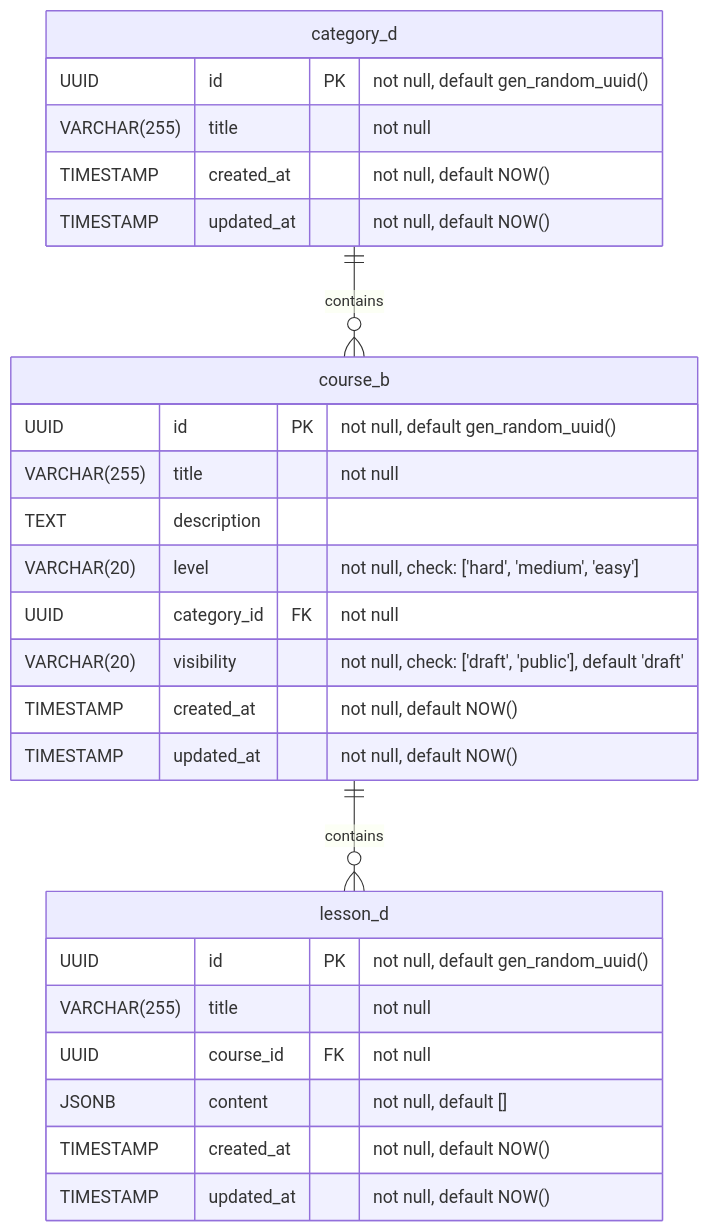
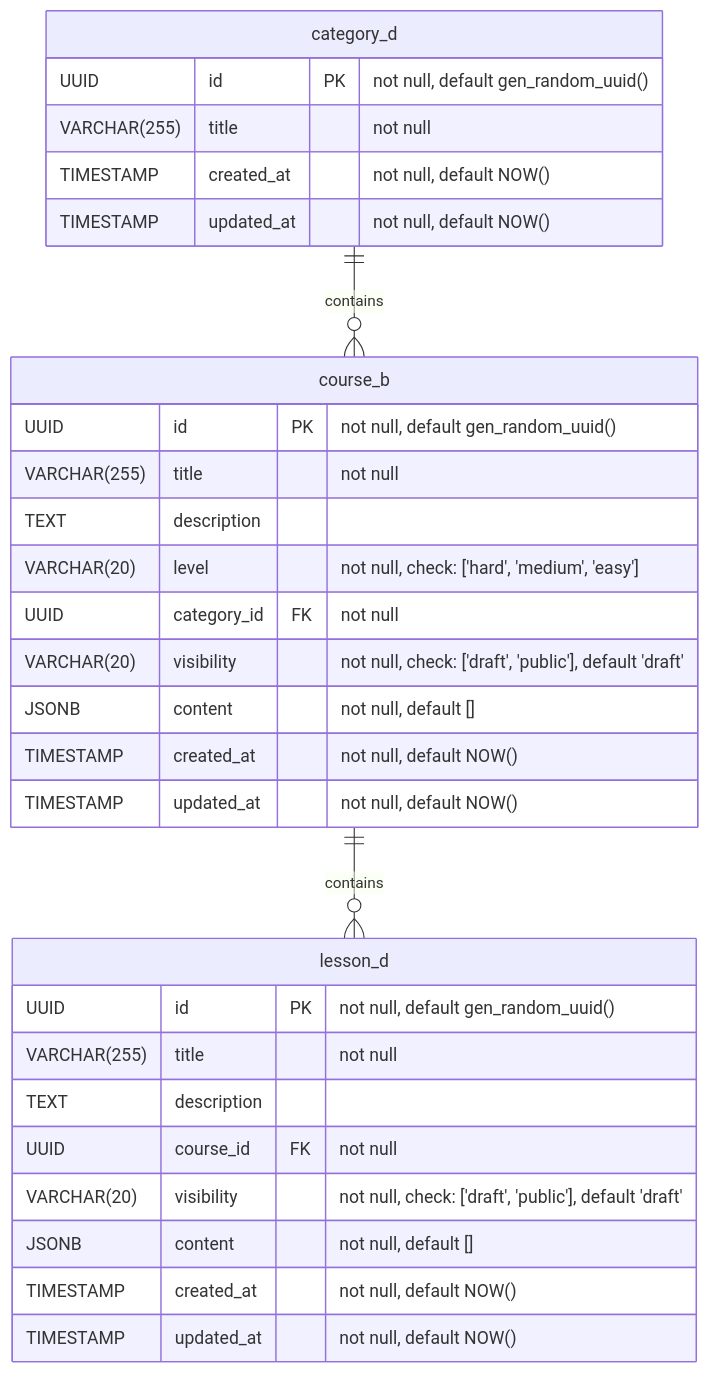
The diagram in docs/content/admin/diagrams/er.md (TaurineMerge/LMS_Tages), drawn with Mermaid before and after one commit. The commit also changed 84 other files, not shown here.

Commit message:
Добавлены диаграммы в админ-панель, публичную часть, тестинг - закрыты все, кроме одной flowchart, обновлена общая er-диаграмма и в ЛК добавлены все оставшиеся диаграммы

```diff
--- a/docs/content/admin/diagrams/er.md
+++ b/docs/content/admin/diagrams/er.md
@@ -7,31 +7,34 @@
 {{< mermaid >}}
 
 erDiagram
     category_d {
         UUID id PK "not null, default gen_random_uuid()"
         VARCHAR(255) title "not null"
         TIMESTAMP created_at "not null, default NOW()"
         TIMESTAMP updated_at "not null, default NOW()"
     }
     course_b {
         UUID id PK "not null, default gen_random_uuid()"
         VARCHAR(255) title "not null"
         TEXT description
         VARCHAR(20) level "not null, check: ['hard', 'medium', 'easy']"
         UUID category_id FK "not null"
         VARCHAR(20) visibility "not null, check: ['draft', 'public'], default 'draft'"
+        JSONB content "not null, default []"
         TIMESTAMP created_at "not null, default NOW()"
         TIMESTAMP updated_at "not null, default NOW()"
     }
     lesson_d {
         UUID id PK "not null, default gen_random_uuid()"
         VARCHAR(255) title "not null"
+        TEXT description
         UUID course_id FK "not null"
+        VARCHAR(20) visibility "not null, check: ['draft', 'public'], default 'draft'"
         JSONB content "not null, default []"
         TIMESTAMP created_at "not null, default NOW()"
         TIMESTAMP updated_at "not null, default NOW()"
     }
     category_d ||--o{ course_b : "contains"
     course_b   ||--o{ lesson_d : "contains"
 
 {{< /mermaid >}}
```
